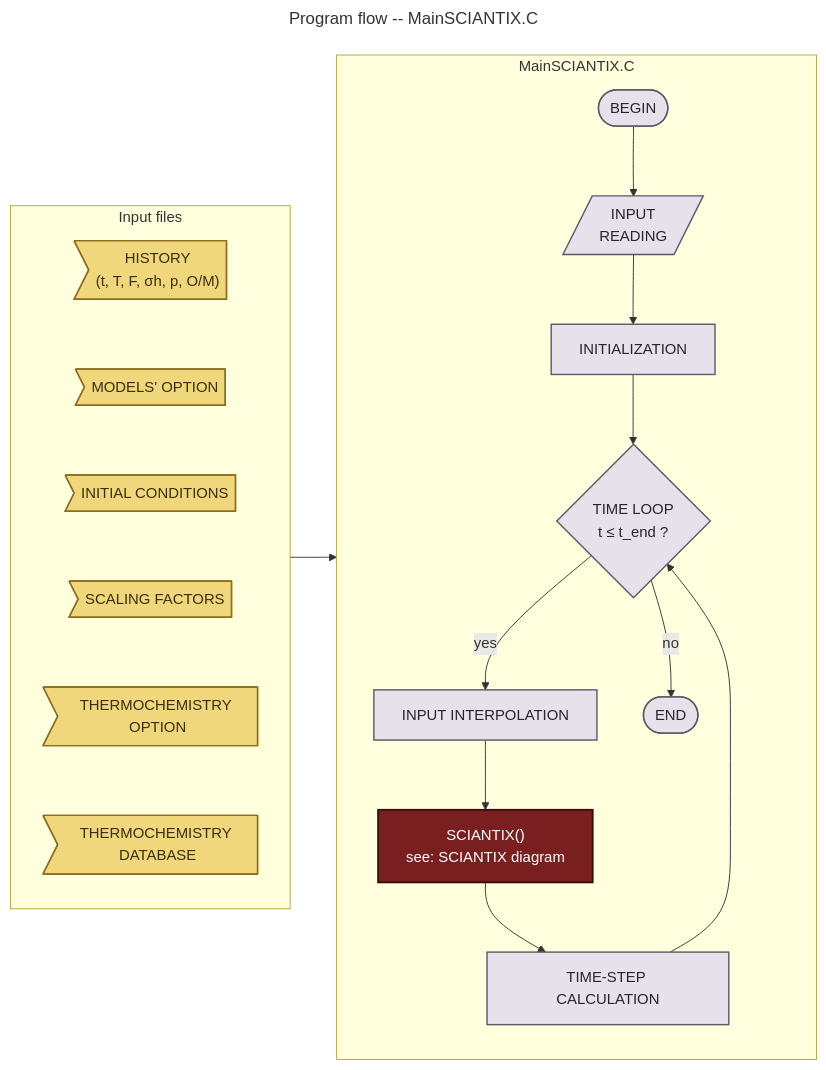
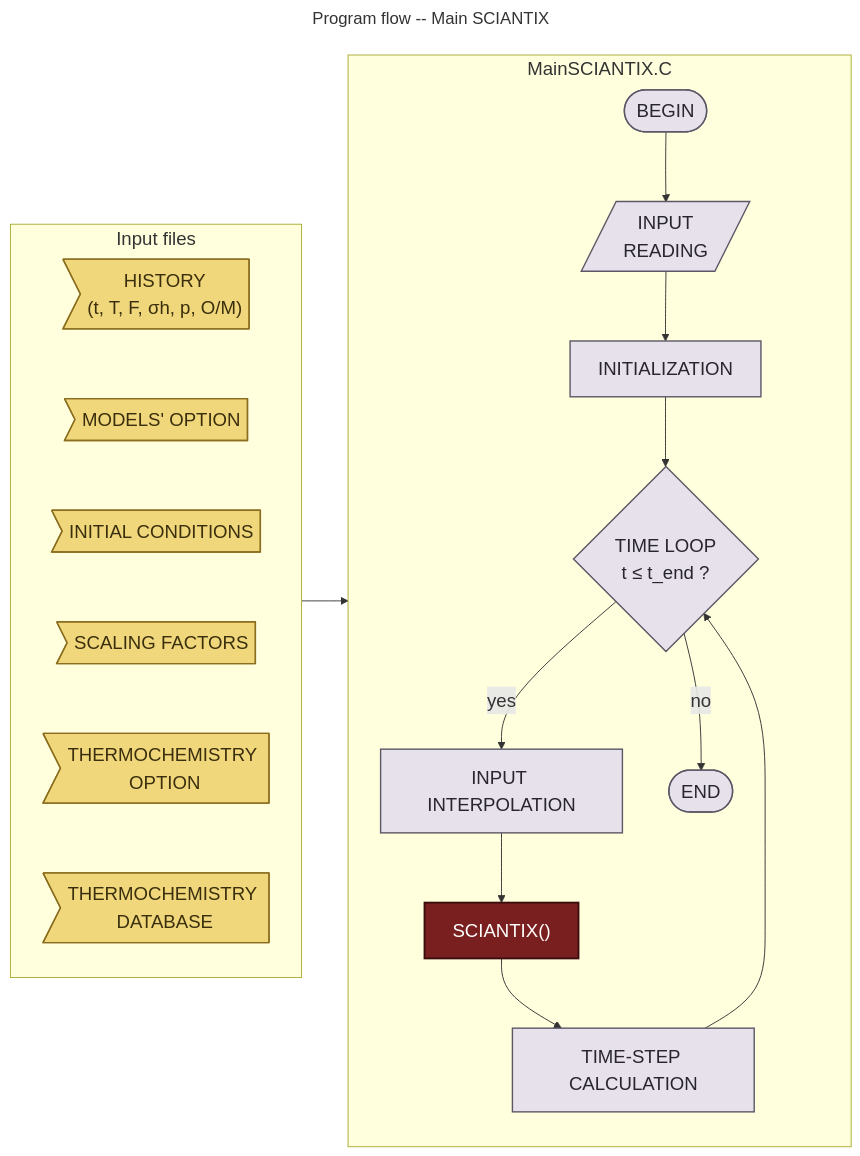
The diagram in utilities/workflow/MainSCIANTIX.mmd (sciantix/sciantix-official), drawn with Mermaid before and after one commit. The commit also changed 2 other files, not shown here.

```diff
--- a/utilities/workflow/MainSCIANTIX.mmd
+++ b/utilities/workflow/MainSCIANTIX.mmd
@@ -1,42 +1,43 @@
 ---
-title: Program flow -- MainSCIANTIX.C
+title: Program flow -- Main SCIANTIX
 ---
+%%{init: {"themeVariables": {"fontSize": "20px"}} }%%
 flowchart LR
 
     subgraph INPUTS["Input files"]
         direction TB
         I_HIST>"HISTORY<br/>(t, T, F, σh, p, O/M)"]
         I_OPT>"MODELS' OPTION"]
         I_IC>"INITIAL CONDITIONS"]
         I_SF>"SCALING FACTORS"]
         I_TCOPT>"THERMOCHEMISTRY OPTION"]
         I_TCDB>"THERMOCHEMISTRY DATABASE"]
 
         I_HIST ~~~ I_OPT ~~~ I_IC ~~~ I_SF ~~~ I_TCOPT ~~~ I_TCDB
     end
     
     subgraph MAIN["MainSCIANTIX.C"]
         direction TB
         M_BEGIN(["BEGIN"])
         M_INPUT[/"INPUT<br/>READING"/]
         M_INIT["INITIALIZATION"]
         M_LOOP{"TIME LOOP<br/>t ≤ t_end ?"}
         M_INTERP["INPUT INTERPOLATION"]
-        M_CALL["SCIANTIX()<br/>see: SCIANTIX diagram"]
+        M_CALL["SCIANTIX()"]
         M_STEP["TIME-STEP CALCULATION"]
         M_END(["END"])
 
         M_BEGIN --> M_INPUT --> M_INIT --> M_LOOP
         M_LOOP -- yes --> M_INTERP --> M_CALL --> M_STEP --> M_LOOP
         M_LOOP -- no --> M_END
     end
 
     I_HIST --> M_INPUT
 
     classDef loopbox fill:#E6E1EA,stroke:#5b5766,stroke-width:1.5px,color:#28252e;
     classDef input fill:#F0D77B,stroke:#8a6d1f,stroke-width:1.5px,color:#3a2e0d;
     classDef highlight fill:#7A1F1F,stroke:#3a0d0d,stroke-width:2px,color:#ffffff;
 
     class M_BEGIN,M_END,M_INPUT,M_INIT,M_LOOP,M_INTERP,M_STEP loopbox;
     class M_CALL highlight;
     class I_HIST,I_OPT,I_IC,I_SF,I_TCOPT,I_TCDB input;
```
